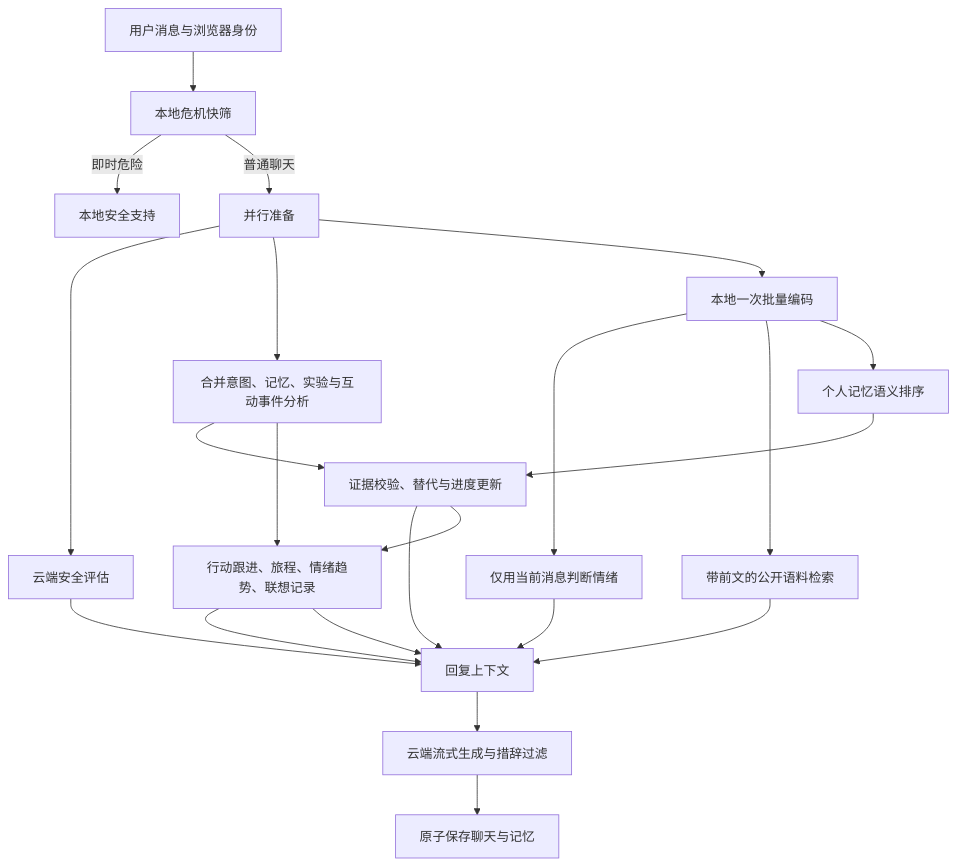
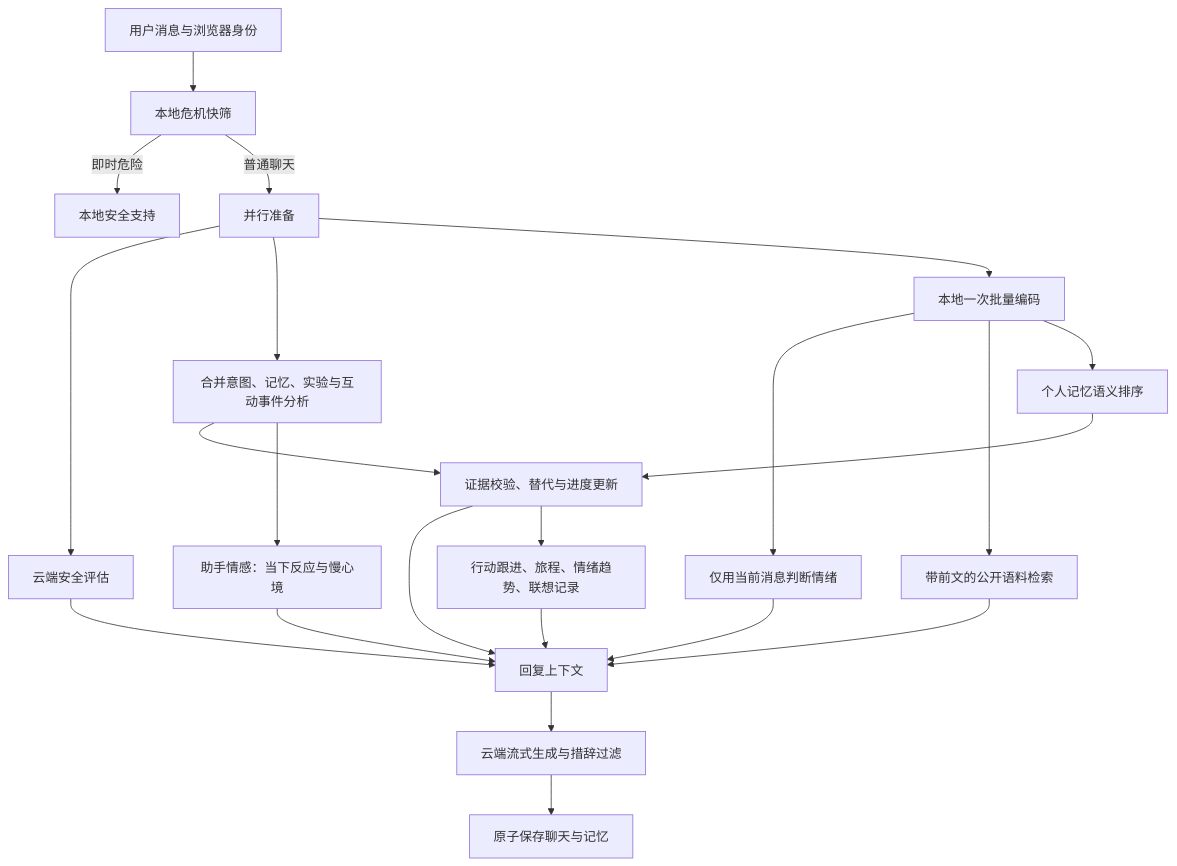
One commit to yuejain/empathy-agent changed the diagram in docs/ARCHITECTURE.md. Above: the diagram before and after it, drawn with Mermaid. The commit also changed other lines of this file and 49 other files, not shown here.

````diff
--- a/docs/ARCHITECTURE.md
+++ b/docs/ARCHITECTURE.md
@@ -5,24 +5,24 @@
 ```mermaid
 flowchart TD
   U[用户消息与浏览器身份] --> Q[本地危机快筛]
   Q -->|即时危险| S[本地安全支持]
   Q -->|普通聊天| P[并行准备]
   P --> A[云端安全评估]
   P --> B[合并意图、记忆、实验与互动事件分析]
   P --> R[本地一次批量编码]
   R --> E[仅用当前消息判断情绪]
   R --> K[带前文的公开语料检索]
   R --> M[个人记忆语义排序]
   B --> V[证据校验、替代与进度更新]
-  B --> F[助手情感：当下反应与慢心境]
-  F --> C
+  B --> AF[助手情感：当下反应与慢心境]
+  AF --> C
   M --> V
   V --> C[回复上下文]
   E --> C
   K --> C
   A --> C
   C --> L[云端流式生成与措辞过滤]
   L --> T[原子保存聊天与记忆]
-  V --> F[行动跟进、旅程、情绪趋势、联想记录]
-  F --> C
+  V --> CT[行动跟进、旅程、情绪趋势、联想记录]
+  CT --> C
 ```
````
